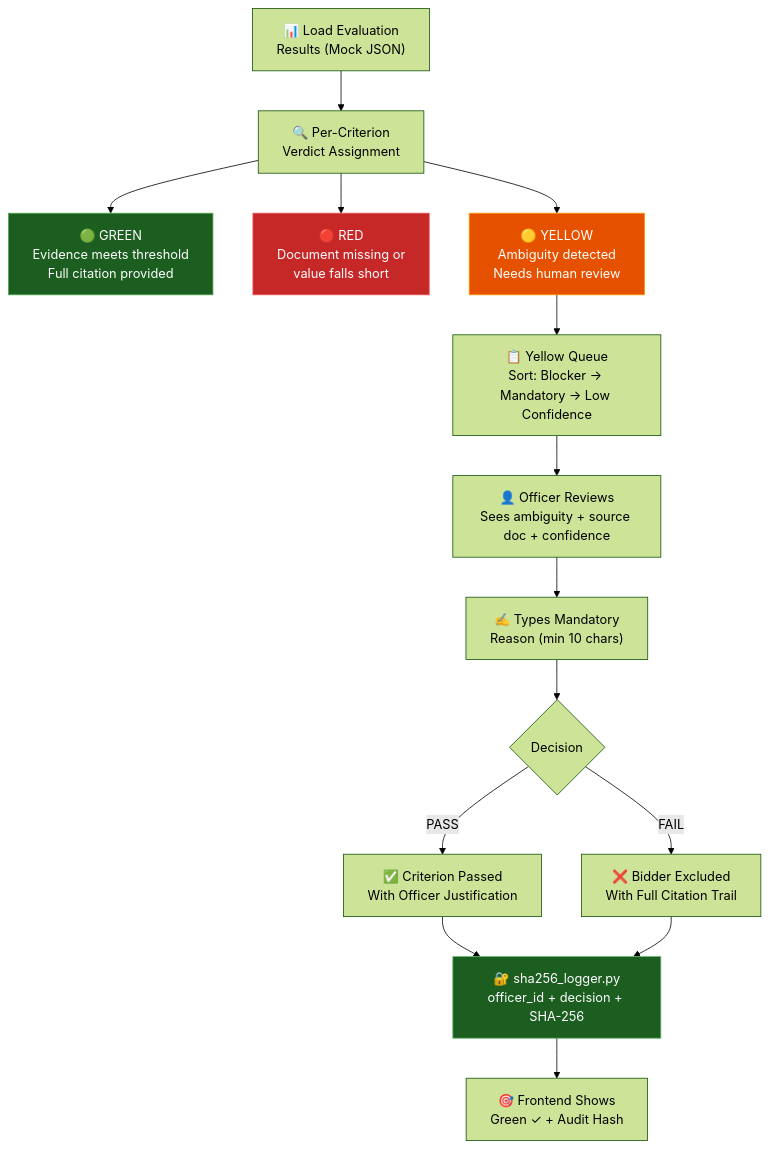
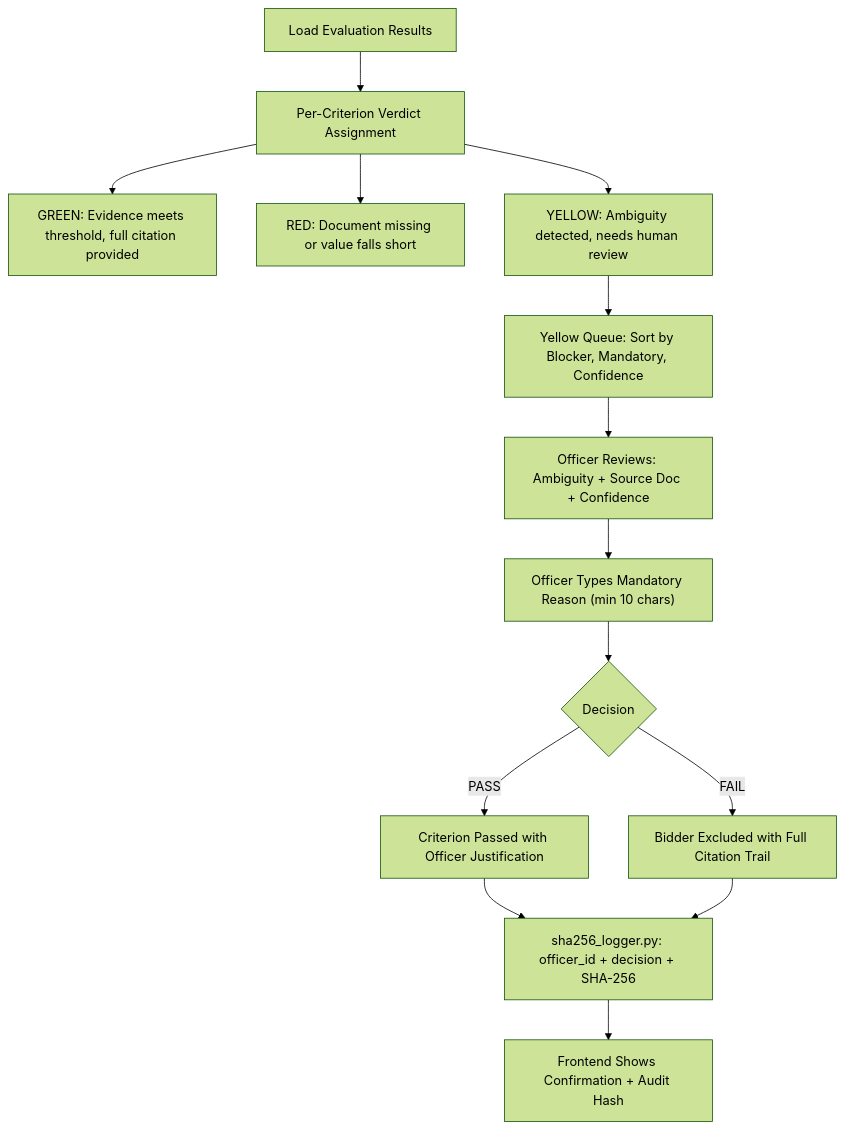
The third of 6 diagrams in README.md (SIBAM890/Nyayadarsi), drawn with Mermaid (forest theme) before and after one commit. The commit also changed other lines of this file, not shown here.

Commit message:
docs: update README with refreshed architecture, project details, and workflow diagrams

````diff
--- a/README.md
+++ b/README.md
@@ -147,21 +133,16 @@
 ```mermaid
 flowchart TD
-    A["📊 Load Evaluation<br/>Results (Mock JSON)"] --> B["🔍 Per-Criterion<br/>Verdict Assignment"]
-    B --> C["🟢 GREEN<br/>Evidence meets threshold<br/>Full citation provided"]
-    B --> D["🔴 RED<br/>Document missing or<br/>value falls short"]
-    B --> E["🟡 YELLOW<br/>Ambiguity detected<br/>Needs human review"]
+    A["Load Evaluation Results"] --> B["Per-Criterion Verdict Assignment"]
+    B --> C["GREEN: Evidence meets threshold, full citation provided"]
+    B --> D["RED: Document missing or value falls short"]
+    B --> E["YELLOW: Ambiguity detected, needs human review"]
 
-    E --> F["📋 Yellow Queue<br/>Sort: Blocker → Mandatory → Low Confidence"]
-    F --> G["👤 Officer Reviews<br/>Sees ambiguity + source doc + confidence"]
-    G --> H["✍️ Types Mandatory<br/>Reason (min 10 chars)"]
+    E --> F["Yellow Queue: Sort by Blocker, Mandatory, Confidence"]
+    F --> G["Officer Reviews: Ambiguity + Source Doc + Confidence"]
+    G --> H["Officer Types Mandatory Reason (min 10 chars)"]
     H --> I{"Decision"}
-    I -->|PASS| J["✅ Criterion Passed<br/>With Officer Justification"]
-    I -->|FAIL| K["❌ Bidder Excluded<br/>With Full Citation Trail"]
-    J & K --> L["🔐 sha256_logger.py<br/>officer_id + decision + SHA-256"]
-    L --> M["🎯 Frontend Shows<br/>Green ✓ + Audit Hash"]
-
-    style C fill:#1b5e20,stroke:#4caf50,color:#fff
-    style D fill:#c62828,stroke:#ef5350,color:#fff
-    style E fill:#e65100,stroke:#ff9800,color:#fff
-    style L fill:#1b5e20,stroke:#66bb6a,color:#fff
+    I -->|PASS| J["Criterion Passed with Officer Justification"]
+    I -->|FAIL| K["Bidder Excluded with Full Citation Trail"]
+    J & K --> L["sha256_logger.py: officer_id + decision + SHA-256"]
+    L --> M["Frontend Shows Confirmation + Audit Hash"]
 ```
````
